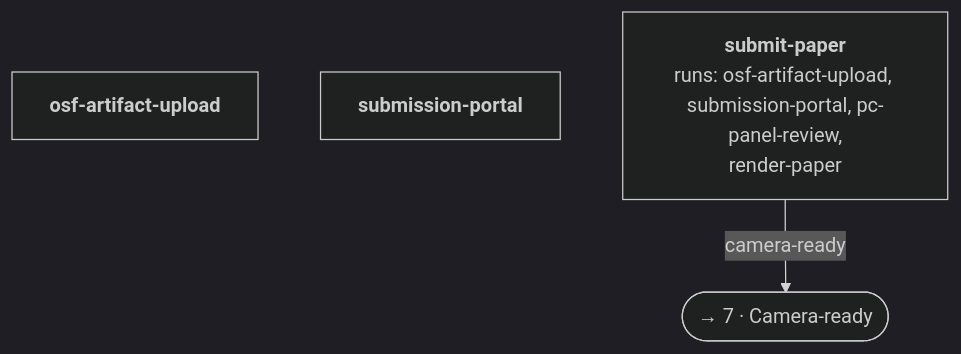
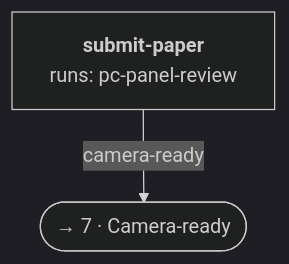
One commit to zernie/paperlint changed the seventh of 9 diagrams in docs/pipeline.md. Above: the diagram before and after it, drawn with Mermaid (dark theme). The commit also changed other lines of this file and 43 other files, not shown here.

````diff
--- a/docs/pipeline.md
+++ b/docs/pipeline.md
@@ -157,8 +153,6 @@
 ```mermaid
 flowchart TB
-  osf_artifact_upload["<b>osf-artifact-upload</b>"]
-  submission_portal["<b>submission-portal</b>"]
-  submit_paper["<b>submit-paper</b><br/>runs: osf-artifact-upload, submission-portal, pc-panel-review,<br/>render-paper"]
+  submit_paper["<b>submit-paper</b><br/>runs: pc-panel-review"]
   to_stage_camera_ready(["→ 7 · Camera-ready"])
   submit_paper -- "camera-ready" --> to_stage_camera_ready
 ```
````
